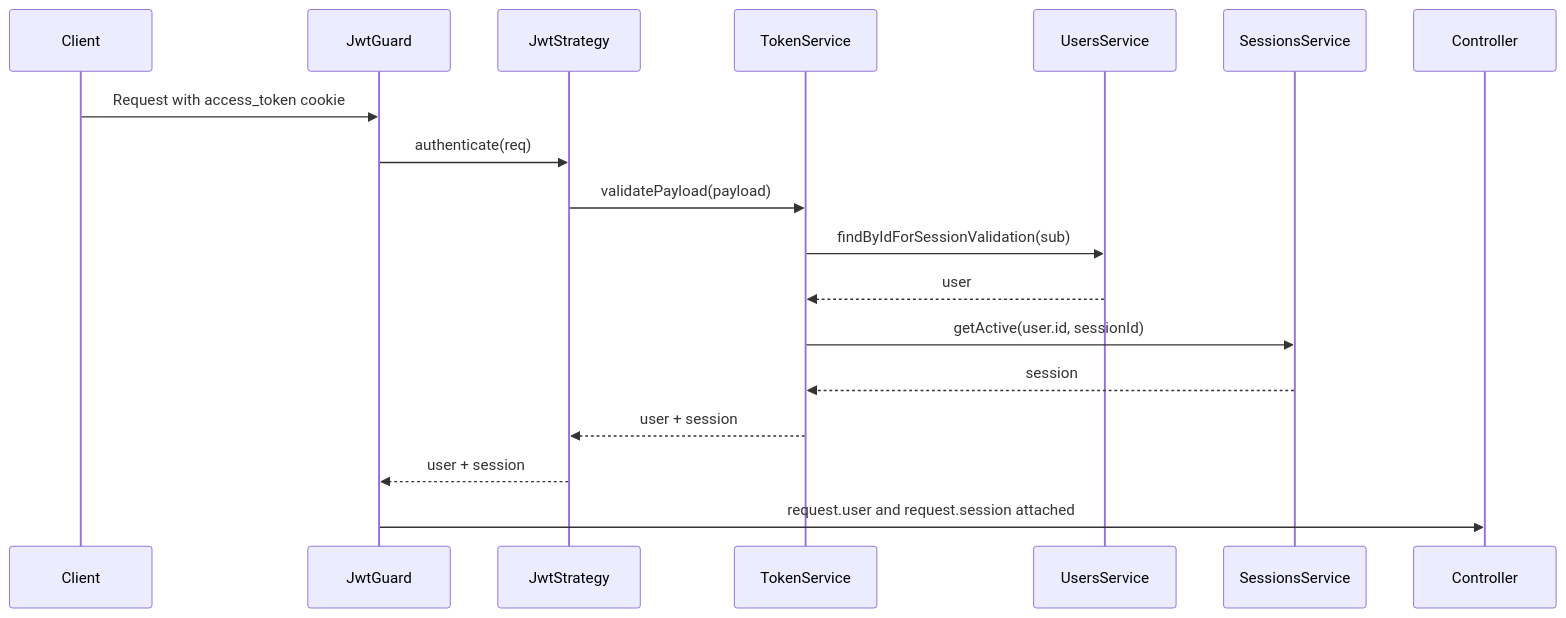
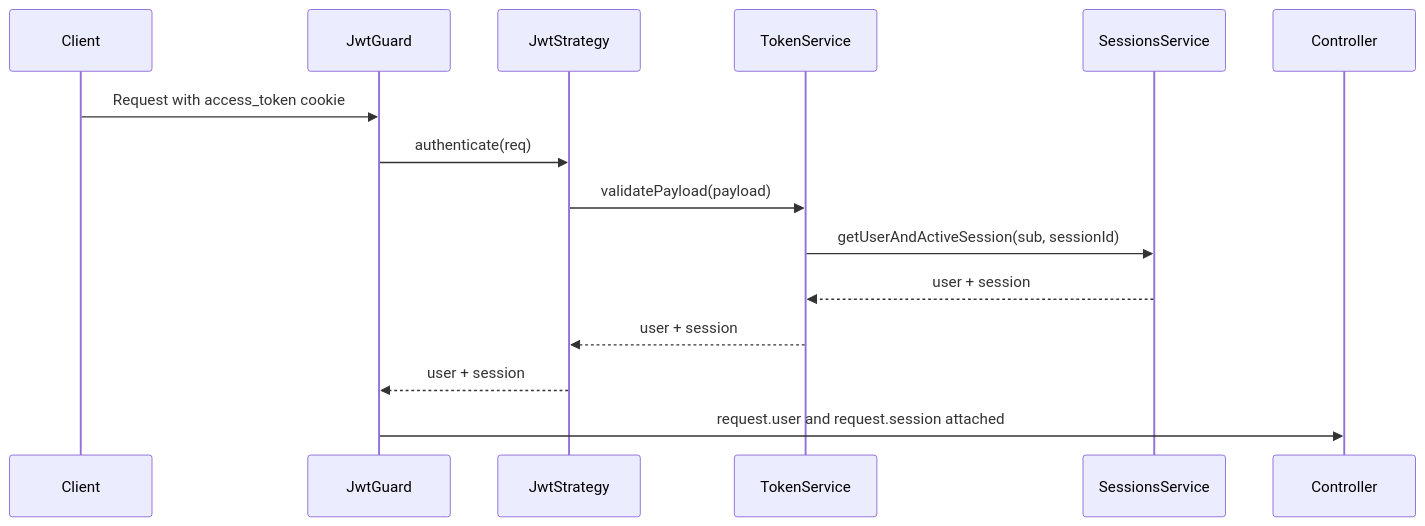
The third of 6 diagrams in docs/diagrams.md (l1mindr/nest-backend), drawn with Mermaid before and after one commit. The commit also changed 1 other file, not shown here.

Commit message:
refactor(docs): optimize user and session retrieval in authentication flow diagrams

````diff
--- a/docs/diagrams.md
+++ b/docs/diagrams.md
@@ -58,21 +58,18 @@
 ```mermaid
 sequenceDiagram
   participant Client
   participant JwtGuard
   participant JwtStrategy
   participant TokenService
-  participant UsersService
   participant SessionsService
   participant Controller
 
   Client->>JwtGuard: Request with access_token cookie
   JwtGuard->>JwtStrategy: authenticate(req)
   JwtStrategy->>TokenService: validatePayload(payload)
-  TokenService->>UsersService: findByIdForSessionValidation(sub)
-  UsersService-->>TokenService: user
-  TokenService->>SessionsService: getActive(user.id, sessionId)
-  SessionsService-->>TokenService: session
+  TokenService->>SessionsService: getUserAndActiveSession(sub, sessionId)
+  SessionsService-->>TokenService: user + session
   TokenService-->>JwtStrategy: user + session
   JwtStrategy-->>JwtGuard: user + session
   JwtGuard->>Controller: request.user and request.session attached
 ```
````
